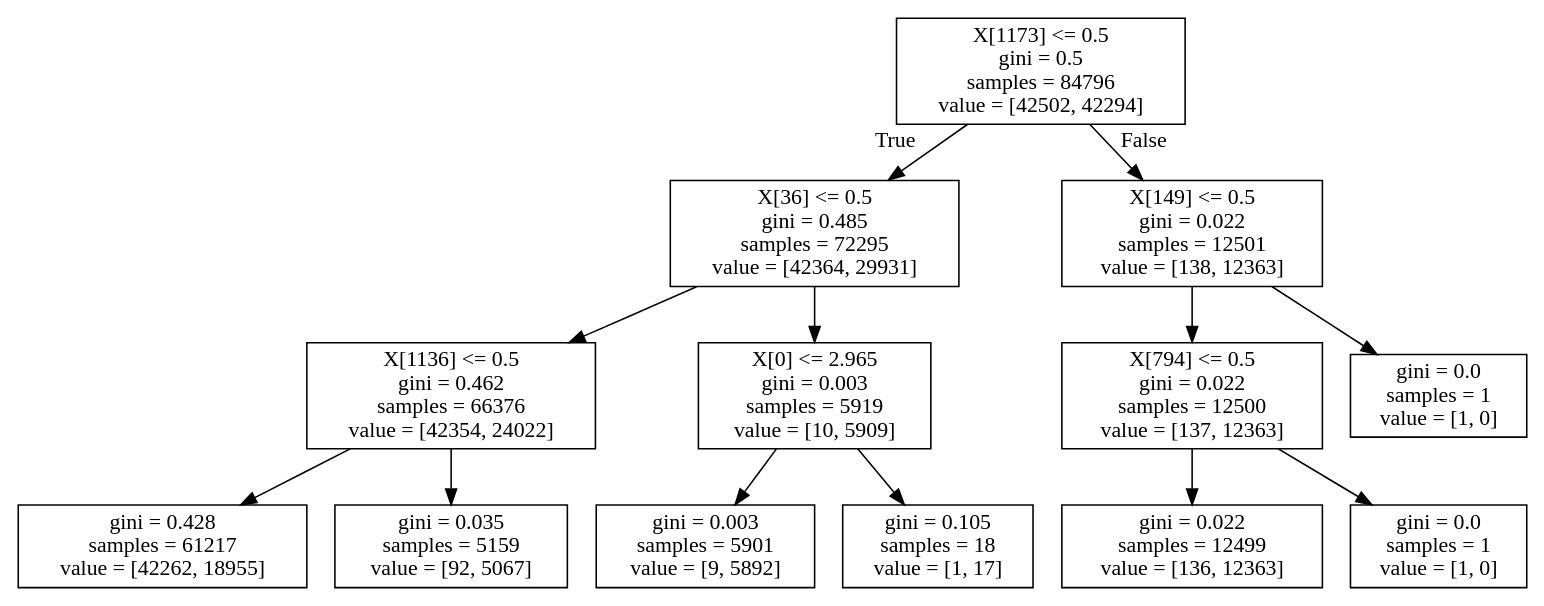
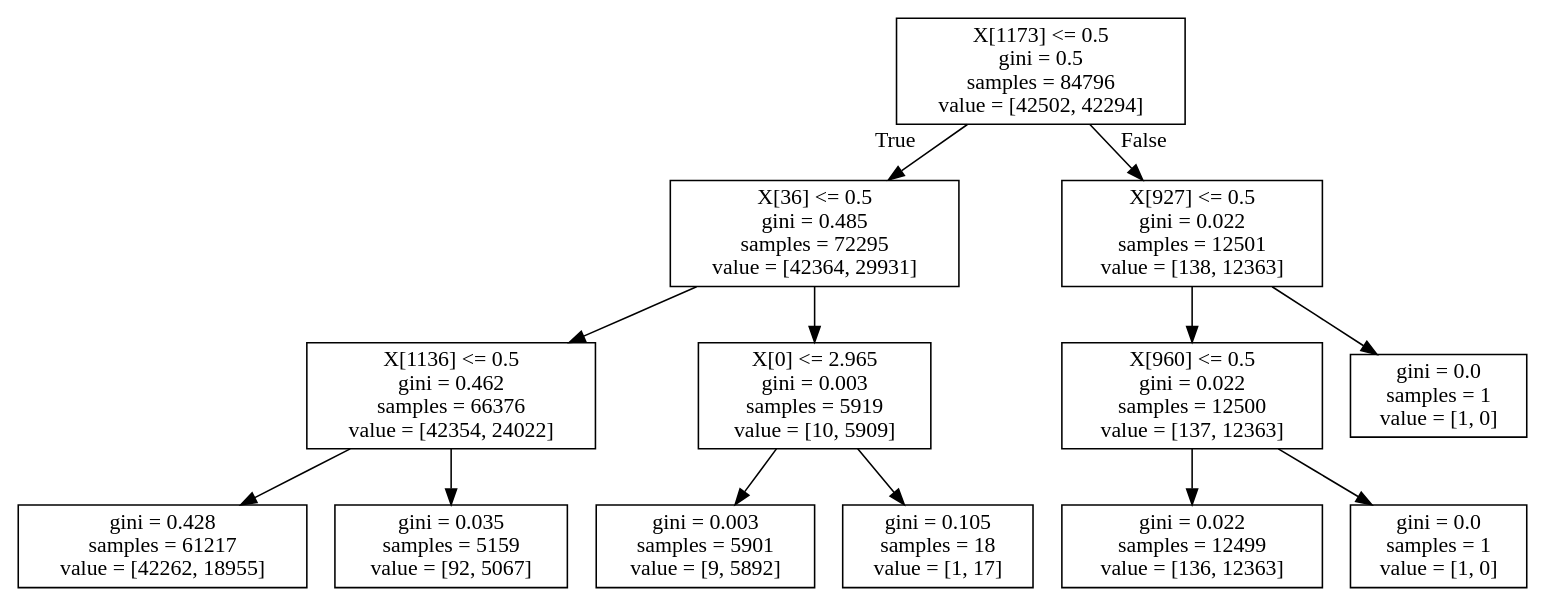
Before and after one commit to leejong4414/CSE-546-Project: the diagram in Decision Tree/tree3.dot, drawn with Graphviz. The commit also changed 96 other files, not shown here.

```diff
--- a/Decision Tree/tree3.dot
+++ b/Decision Tree/tree3.dot
@@ -1,28 +1,28 @@
 digraph Tree {
 node [shape=box] ;
 0 [label="X[1173] <= 0.5\ngini = 0.5\nsamples = 84796\nvalue = [42502, 42294]"] ;
 1 [label="X[36] <= 0.5\ngini = 0.485\nsamples = 72295\nvalue = [42364, 29931]"] ;
 0 -> 1 [labeldistance=2.5, labelangle=45, headlabel="True"] ;
 2 [label="X[1136] <= 0.5\ngini = 0.462\nsamples = 66376\nvalue = [42354, 24022]"] ;
 1 -> 2 ;
 3 [label="gini = 0.428\nsamples = 61217\nvalue = [42262, 18955]"] ;
 2 -> 3 ;
 4 [label="gini = 0.035\nsamples = 5159\nvalue = [92, 5067]"] ;
 2 -> 4 ;
 5 [label="X[0] <= 2.965\ngini = 0.003\nsamples = 5919\nvalue = [10, 5909]"] ;
 1 -> 5 ;
 6 [label="gini = 0.003\nsamples = 5901\nvalue = [9, 5892]"] ;
 5 -> 6 ;
 7 [label="gini = 0.105\nsamples = 18\nvalue = [1, 17]"] ;
 5 -> 7 ;
-8 [label="X[149] <= 0.5\ngini = 0.022\nsamples = 12501\nvalue = [138, 12363]"] ;
+8 [label="X[927] <= 0.5\ngini = 0.022\nsamples = 12501\nvalue = [138, 12363]"] ;
 0 -> 8 [labeldistance=2.5, labelangle=-45, headlabel="False"] ;
-9 [label="X[794] <= 0.5\ngini = 0.022\nsamples = 12500\nvalue = [137, 12363]"] ;
+9 [label="X[960] <= 0.5\ngini = 0.022\nsamples = 12500\nvalue = [137, 12363]"] ;
 8 -> 9 ;
 10 [label="gini = 0.022\nsamples = 12499\nvalue = [136, 12363]"] ;
 9 -> 10 ;
 11 [label="gini = 0.0\nsamples = 1\nvalue = [1, 0]"] ;
 9 -> 11 ;
 12 [label="gini = 0.0\nsamples = 1\nvalue = [1, 0]"] ;
 8 -> 12 ;
 }
```
